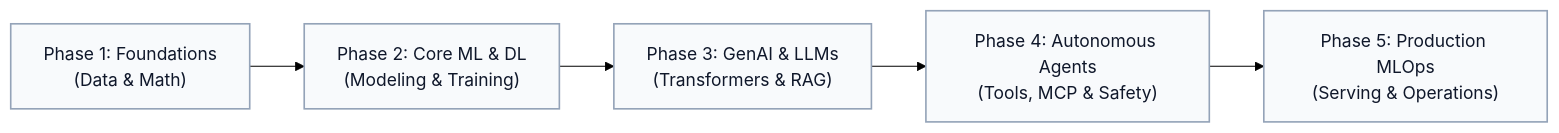
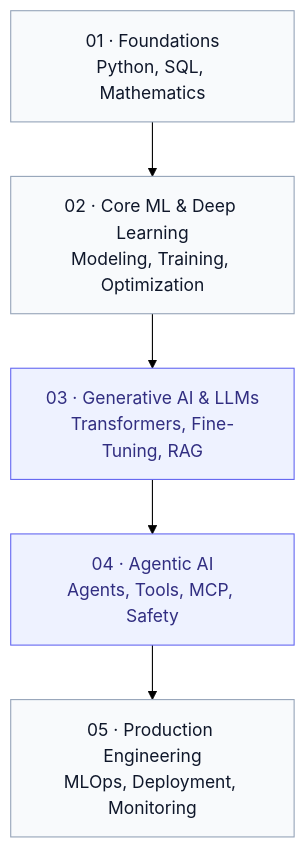
Before and after one commit to FirdowsRahaman/agentic-ai-and-ml-roadmap: the diagram in README.md, drawn with Mermaid (forest theme). The commit also changed other lines of this file, not shown here.

Commit message:
docs: adopt clean typography, vertical roadmap flow, and refined structure in README

````diff
--- a/README.md
+++ b/README.md
@@ -29,11 +33,16 @@
 ```mermaid
-flowchart LR
-    P1["Phase 1: Foundations\n(Data & Math)"] --> P2["Phase 2: Core ML & DL\n(Modeling & Training)"]
-    P2 --> P3["Phase 3: GenAI & LLMs\n(Transformers & RAG)"]
-    P3 --> P4["Phase 4: Autonomous Agents\n(Tools, MCP & Safety)"]
-    P4 --> P5["Phase 5: Production MLOps\n(Serving & Operations)"]
+flowchart TD
+    A["01 · Foundations<br/>Python, SQL, Mathematics"] 
+    B["02 · Core ML & Deep Learning<br/>Modeling, Training, Optimization"]
+    C["03 · Generative AI & LLMs<br/>Transformers, Fine-Tuning, RAG"]
+    D["04 · Agentic AI<br/>Agents, Tools, MCP, Safety"]
+    E["05 · Production Engineering<br/>MLOps, Deployment, Monitoring"]
 
-    classDef default fill:#F8FAFC,stroke:#94A3B8,stroke-width:1.5px,color:#0F172A;
-    classDef highlight fill:#EEF2FF,stroke:#4F46E5,stroke-width:2px,color:#312E81;
-    class P1,P2,P3,P4,P5 default;
+    A --> B --> C --> D --> E
+
+    style A fill:#F8FAFC,stroke:#94A3B8,color:#0F172A
+    style B fill:#F8FAFC,stroke:#94A3B8,color:#0F172A
+    style C fill:#EEF2FF,stroke:#6366F1,color:#312E81
+    style D fill:#EEF2FF,stroke:#6366F1,color:#312E81
+    style E fill:#F8FAFC,stroke:#94A3B8,color:#0F172A
 ```
````
